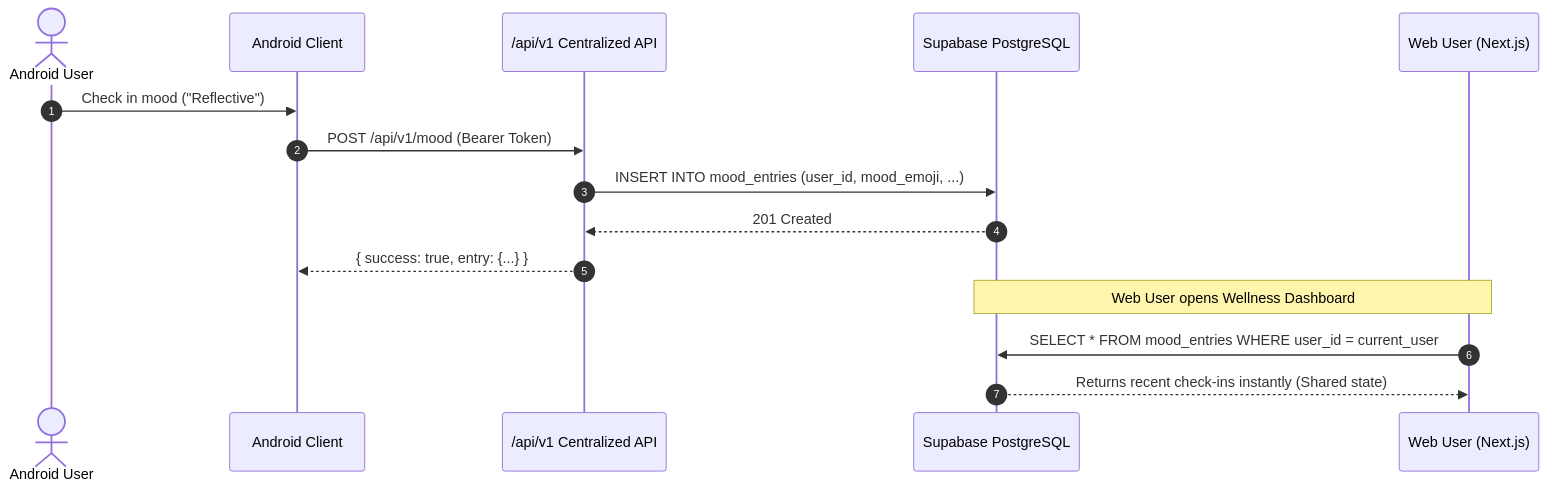
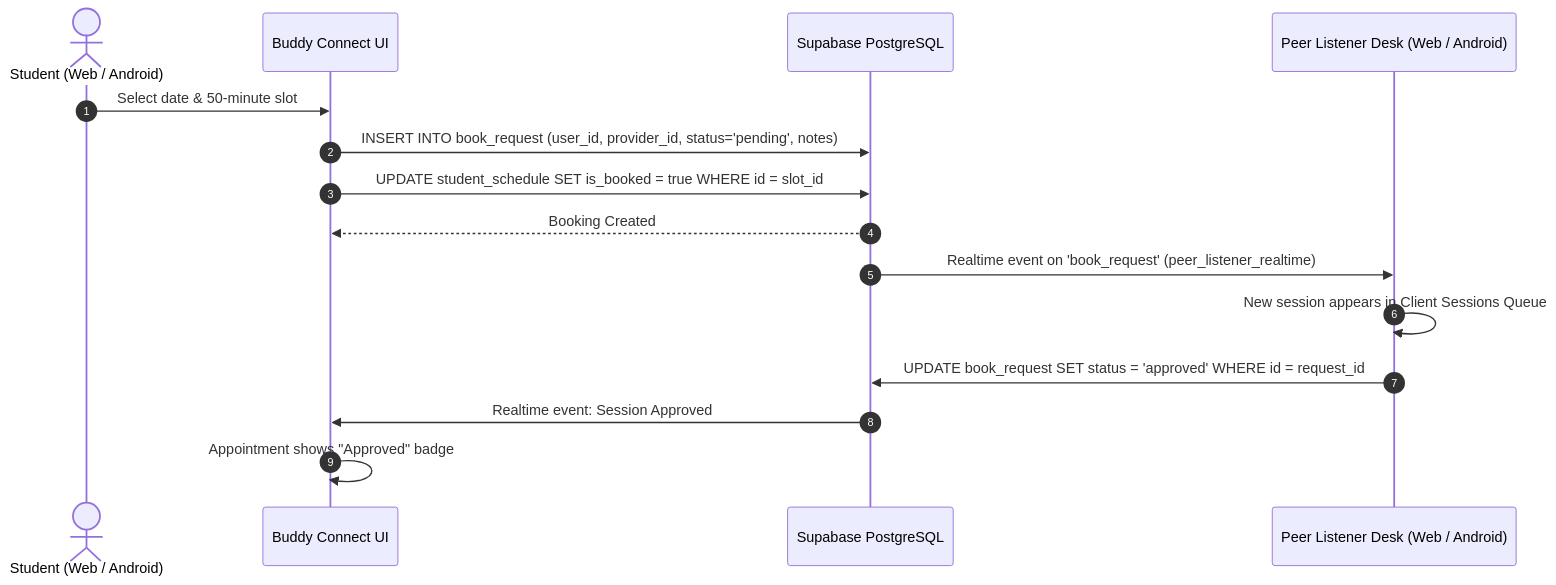
The second of 2 diagrams in BACKEND_ARCHITECTURE.md (codewithvis/Calm-Spaces-Website), drawn with Mermaid before and after one commit. The commit also changed other lines of this file and 16 other files, not shown here.

First line of the commit message:
feat: four-panel architecture with shared Supabase backend

````diff
--- a/BACKEND_ARCHITECTURE.md
+++ b/BACKEND_ARCHITECTURE.md
@@ -82,19 +91,20 @@
 ```mermaid
 sequenceDiagram
     autonumber
-    actor MobileUser as Android User
-    participant MobileApp as Android Client
-    participant API as /api/v1 Centralized API
+    actor Student as Student (Web / Android)
+    participant StudentUI as Buddy Connect UI
     participant DB as Supabase PostgreSQL
-    participant WebUser as Web User (Next.js)
+    participant PeerUI as Peer Listener Desk (Web / Android)
 
-    MobileUser->>MobileApp: Check in mood ("Reflective")
-    MobileApp->>API: POST /api/v1/mood (Bearer Token)
-    API->>DB: INSERT INTO mood_entries (user_id, mood_emoji, ...)
-    DB-->>API: 201 Created
-    API-->>MobileApp: { success: true, entry: {...} }
+    Student->>StudentUI: Select date & 50-minute slot
+    StudentUI->>DB: INSERT INTO book_request (user_id, provider_id, status='pending', notes)
+    StudentUI->>DB: UPDATE student_schedule SET is_booked = true WHERE id = slot_id
+    DB-->>StudentUI: Booking Created
 
-    Note over WebUser,DB: Web User opens Wellness Dashboard
-    WebUser->>DB: SELECT * FROM mood_entries WHERE user_id = current_user
-    DB-->>WebUser: Returns recent check-ins instantly (Shared state)
+    DB->>PeerUI: Realtime event on 'book_request' (peer_listener_realtime)
+    PeerUI->>PeerUI: New session appears in Client Sessions Queue
+    
+    PeerUI->>DB: UPDATE book_request SET status = 'approved' WHERE id = request_id
+    DB->>StudentUI: Realtime event: Session Approved
+    StudentUI->>StudentUI: Appointment shows "Approved" badge
 ```
````
